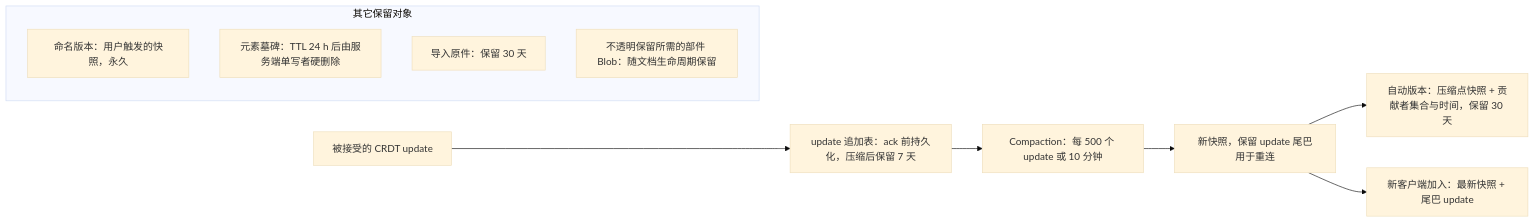
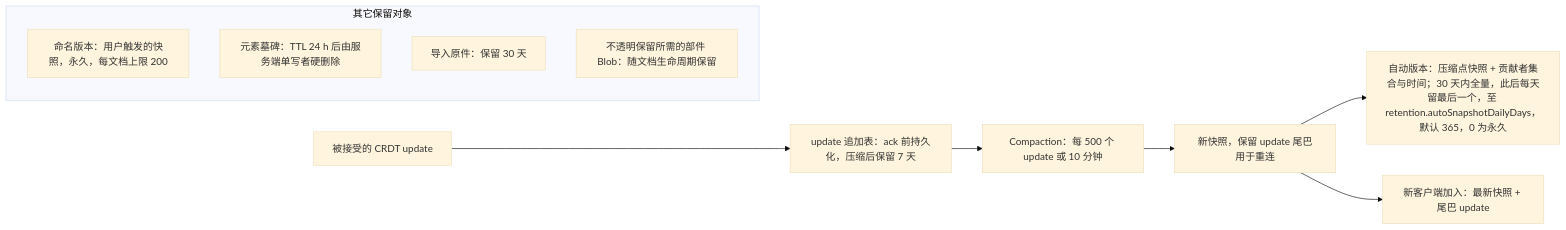
One commit to Xeonice/cordis-ppt-editor changed the fourth of 14 diagrams in docs/10-prd/03-features/06-server-and-ops.md. Above: the diagram before and after it, drawn with Mermaid (base theme). The commit also changed other lines of this file and 79 other files, not shown here.

````diff
--- a/docs/10-prd/03-features/06-server-and-ops.md
+++ b/docs/10-prd/03-features/06-server-and-ops.md
@@ -150,18 +151,18 @@
 ```mermaid
 flowchart LR
   upd["被接受的 CRDT update"]
   log["update 追加表：ack 前持久化，压缩后保留 7 天"]
   comp["Compaction：每 500 个 update 或 10 分钟"]
   snap["新快照，保留 update 尾巴用于重连"]
-  auto["自动版本：压缩点快照 + 贡献者集合与时间，保留 30 天"]
+  auto["自动版本：压缩点快照 + 贡献者集合与时间；30 天内全量，此后每天留最后一个，至 retention.autoSnapshotDailyDays，默认 365，0 为永久"]
   join["新客户端加入：最新快照 + 尾巴 update"]
   subgraph keep["其它保留对象"]
-    named["命名版本：用户触发的快照，永久"]
+    named["命名版本：用户触发的快照，永久，每文档上限 200"]
     tomb["元素墓碑：TTL 24 h 后由服务端单写者硬删除"]
     orig["导入原件：保留 30 天"]
     base["不透明保留所需的部件 Blob：随文档生命周期保留"]
   end
   upd --> log --> comp --> snap
   snap --> auto
   snap --> join
 ```
````
